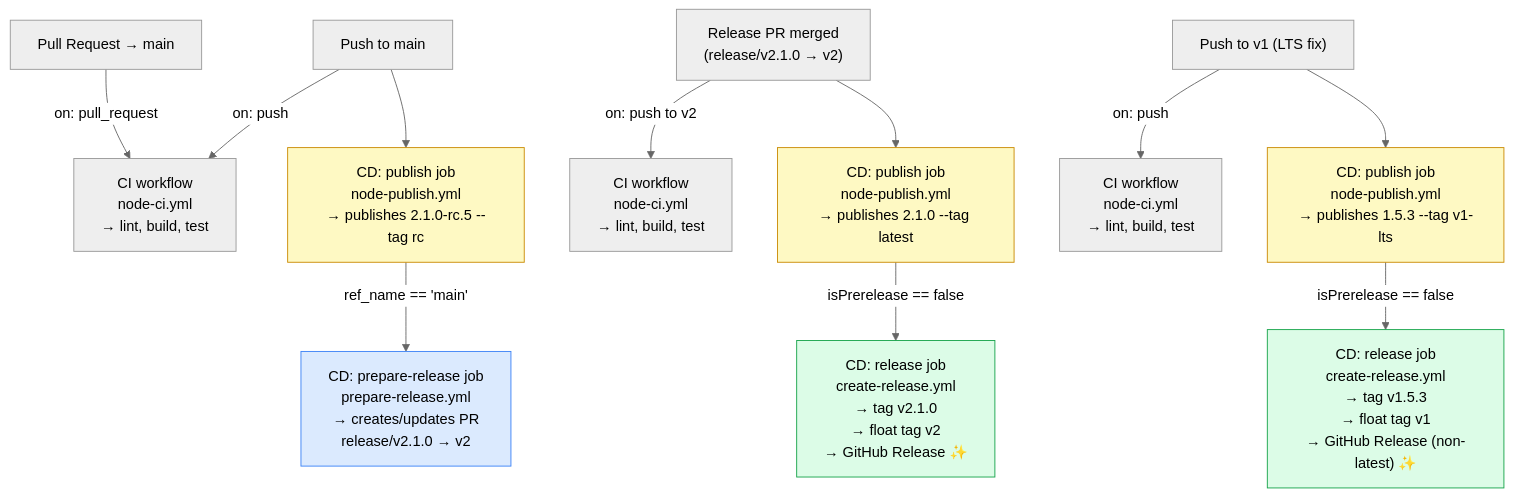
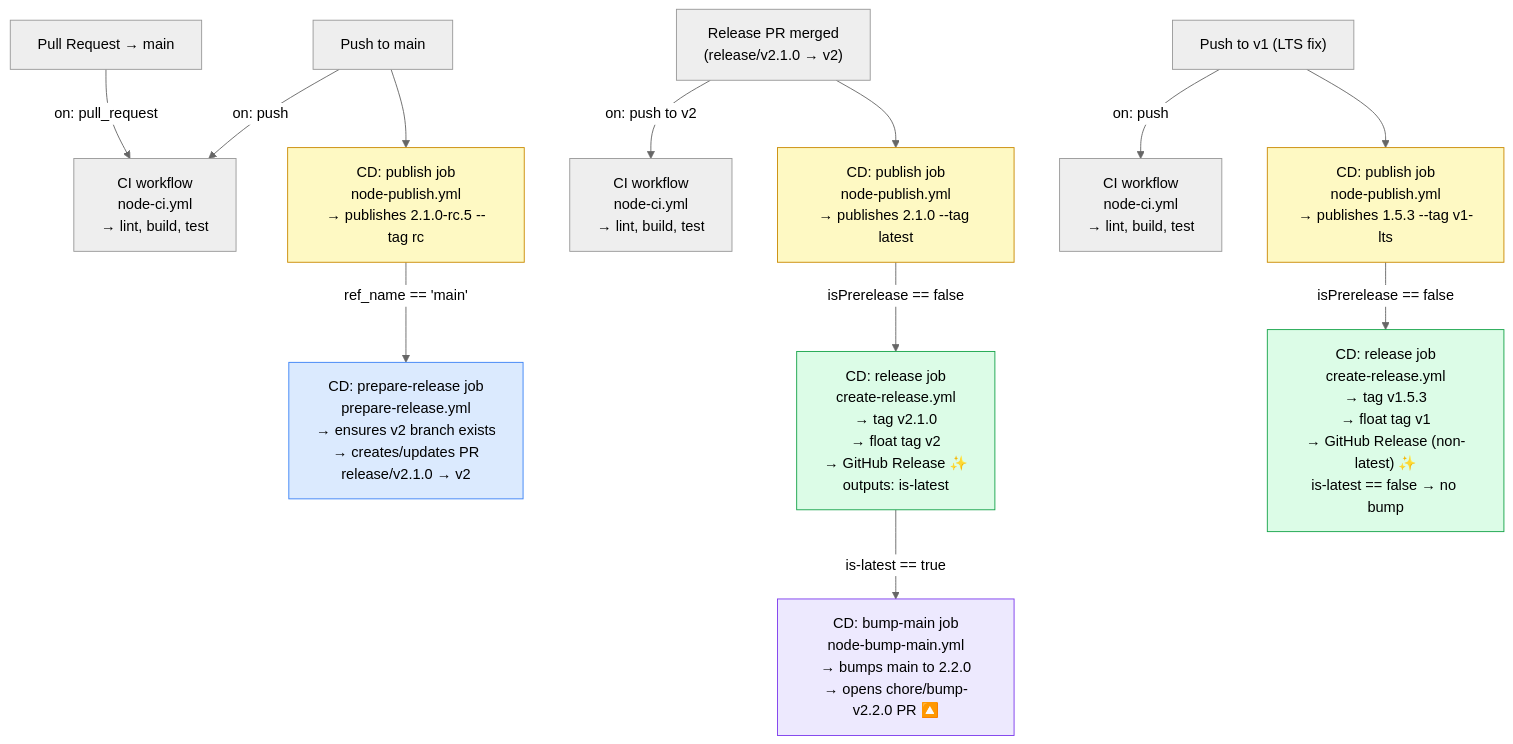
Before and after one commit to sketch7/.github: the diagram in README.md, drawn with Mermaid (neutral theme). The commit also changed other lines of this file and 3 other files, not shown here.

Commit message:
feat(release): auto bump main + release PR fix (#13)

````diff
--- a/README.md
+++ b/README.md
@@ -135,38 +154,41 @@
 ```mermaid
 flowchart TD
     PR["Pull Request → main"] -->|on: pull_request| CI
     PUSH_MAIN["Push to main"] -->|on: push| CI
     PUSH_MAIN --> CD_publish
 
     CD_publish["CD: publish job<br/>node-publish.yml<br/>→ publishes 2.1.0-rc.5 --tag rc"]
     CD_publish -->|"ref_name == 'main'"| PrepareRelease
-    PrepareRelease["CD: prepare-release job<br/>prepare-release.yml<br/>→ creates/updates PR<br/>release/v2.1.0 → v2"]
+    PrepareRelease["CD: prepare-release job<br/>prepare-release.yml<br/>→ ensures v2 branch exists<br/>→ creates/updates PR<br/>release/v2.1.0 → v2"]
 
     RELEASE_PR["Release PR merged<br/>(release/v2.1.0 → v2)"] -->|on: push to v2| CI2
     RELEASE_PR --> CD_stable
 
     CI["CI workflow<br/>node-ci.yml<br/>→ lint, build, test"]
     CI2["CI workflow<br/>node-ci.yml<br/>→ lint, build, test"]
 
     CD_stable["CD: publish job<br/>node-publish.yml<br/>→ publishes 2.1.0 --tag latest"]
     CD_stable -->|"isPrerelease == false"| CreateRelease
 
-    CreateRelease["CD: release job<br/>create-release.yml<br/>→ tag v2.1.0<br/>→ float tag v2<br/>→ GitHub Release ✨"]
+    CreateRelease["CD: release job<br/>create-release.yml<br/>→ tag v2.1.0<br/>→ float tag v2<br/>→ GitHub Release ✨<br/>outputs: is-latest"]
+    CreateRelease -->|"is-latest == true"| BumpMain
+    BumpMain["CD: bump-main job<br/>node-bump-main.yml<br/>→ bumps main to 2.2.0<br/>→ opens chore/bump-v2.2.0 PR 🔼"]
 
     PUSH_LTS["Push to v1 (LTS fix)"] -->|on: push| CI3
     PUSH_LTS --> CD_lts
 
     CI3["CI workflow<br/>node-ci.yml<br/>→ lint, build, test"]
 
     CD_lts["CD: publish job<br/>node-publish.yml<br/>→ publishes 1.5.3 --tag v1-lts"]
     CD_lts -->|"isPrerelease == false"| CreateRelease2
 
-    CreateRelease2["CD: release job<br/>create-release.yml<br/>→ tag v1.5.3<br/>→ float tag v1<br/>→ GitHub Release (non-latest) ✨"]
+    CreateRelease2["CD: release job<br/>create-release.yml<br/>→ tag v1.5.3<br/>→ float tag v1<br/>→ GitHub Release (non-latest) ✨<br/>is-latest == false → no bump"]
 
     style PrepareRelease fill:#dbeafe,stroke:#3b82f6
     style CreateRelease fill:#dcfce7,stroke:#16a34a
     style CreateRelease2 fill:#dcfce7,stroke:#16a34a
+    style BumpMain fill:#ede9fe,stroke:#7c3aed
     style CD_publish fill:#fef9c3,stroke:#ca8a04
     style CD_stable fill:#fef9c3,stroke:#ca8a04
     style CD_lts fill:#fef9c3,stroke:#ca8a04
 ```
````
